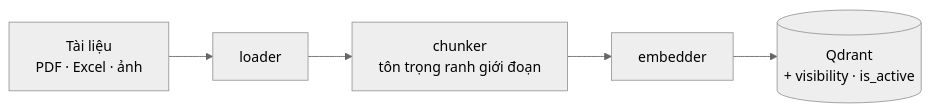
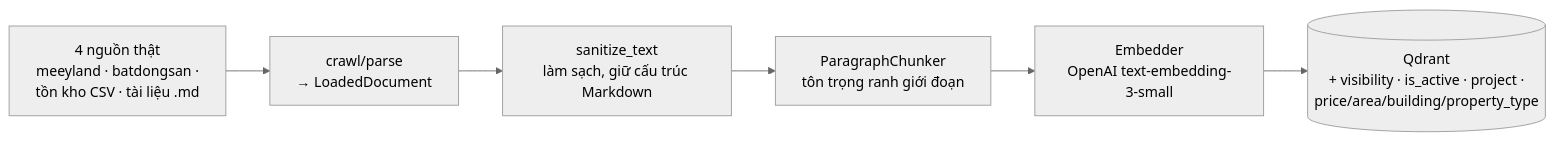
The third of 5 diagrams in docs/architecture_diagram.md (DQHuyyyyy/Sale_mate), drawn with Mermaid (neutral theme) before and after one commit. The commit also changed other lines of this file and 4 other files, not shown here.

````diff
--- a/docs/architecture_diagram.md
+++ b/docs/architecture_diagram.md
@@ -72,7 +106,8 @@
 ```mermaid
 graph LR
-    F["Tài liệu<br/>PDF · Excel · ảnh"] --> L["loader"]
-    L --> C["chunker<br/>tôn trọng ranh giới đoạn"]
-    C --> E["embedder"]
-    E --> S[("Qdrant<br/>+ visibility · is_active")]
+    F["4 nguồn thật<br/>meeyland · batdongsan ·<br/>tồn kho CSV · tài liệu .md"] --> L["crawl/parse<br/>→ LoadedDocument"]
+    L --> San["sanitize_text<br/>làm sạch, giữ cấu trúc Markdown"]
+    San --> C["ParagraphChunker<br/>tôn trọng ranh giới đoạn"]
+    C --> E["Embedder<br/>OpenAI text-embedding-3-small"]
+    E --> S[("Qdrant<br/>+ visibility · is_active · project ·<br/>price/area/building/property_type")]
 ```
````
